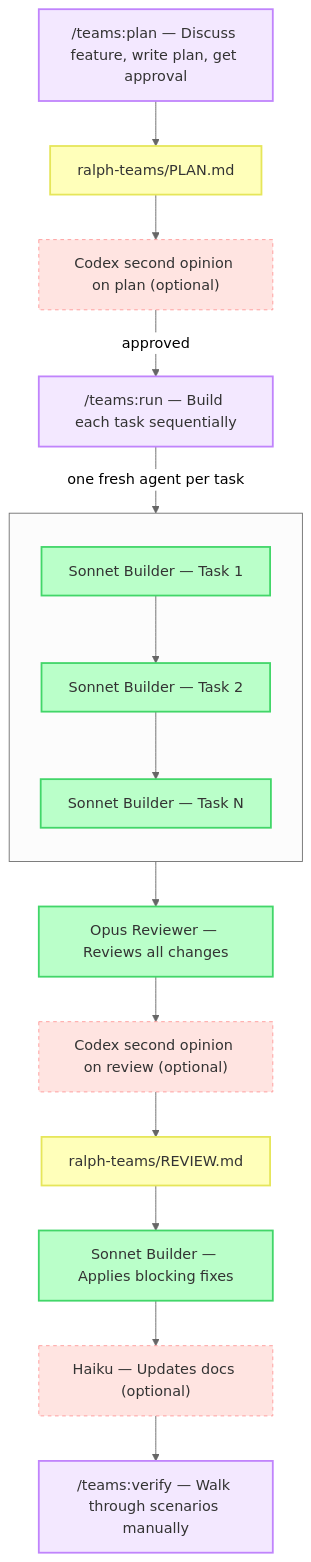
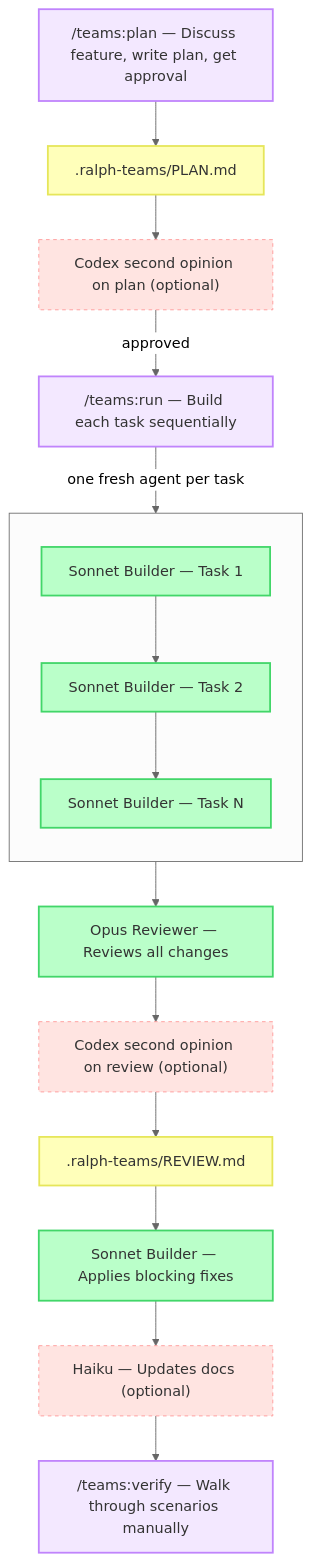
Before and after one commit to tuansondinh/ralph-teams-claude-plugin: the diagram in FLOW.md, drawn with Mermaid (neutral theme). The commit also changed 8 other files, not shown here.

````diff
--- a/FLOW.md
+++ b/FLOW.md
@@ -3,45 +3,45 @@
 ```mermaid
 flowchart TD
     classDef user fill:#ffdfba,stroke:#ffb347,stroke-width:2px,color:#333
     classDef orch fill:#bae1ff,stroke:#5facff,stroke-width:2px,color:#333
     classDef agent fill:#baffc9,stroke:#42d669,stroke-width:2px,color:#333
     classDef doc fill:#ffffba,stroke:#e6e65a,stroke-width:2px,color:#333
     classDef cmd fill:#f3e8ff,stroke:#c084fc,stroke-width:2px,color:#333
     classDef optional fill:#ffe4e1,stroke:#ff9999,stroke-width:1px,stroke-dasharray:4,color:#333
 
     P1["/teams:plan — Discuss feature, write plan, get approval"]:::cmd
-    P["ralph-teams/PLAN.md"]:::doc
+    P[".ralph-teams/PLAN.md"]:::doc
     CX1["Codex second opinion on plan (optional)"]:::optional
 
     P1 --> P
     P --> CX1
 
     P2["/teams:run — Build each task sequentially"]:::cmd
 
     CX1 -->|"approved"| P2
 
     subgraph Build[" "]
         direction TB
         B1["Sonnet Builder — Task 1"]:::agent
         B2["Sonnet Builder — Task 2"]:::agent
         BN["Sonnet Builder — Task N"]:::agent
         B1 --> B2 --> BN
     end
 
     P2 -->|"one fresh agent per task"| Build
 
     R["Opus Reviewer — Reviews all changes"]:::agent
     CX2["Codex second opinion on review (optional)"]:::optional
-    REV["ralph-teams/REVIEW.md"]:::doc
+    REV[".ralph-teams/REVIEW.md"]:::doc
     BF["Sonnet Builder — Applies blocking fixes"]:::agent
     DOCS["Haiku — Updates docs (optional)"]:::optional
 
     Build --> R
     R --> CX2
     CX2 --> REV
     REV --> BF
     BF --> DOCS
 
     P3["/teams:verify — Walk through scenarios manually"]:::cmd
     DOCS --> P3
 ```
````
